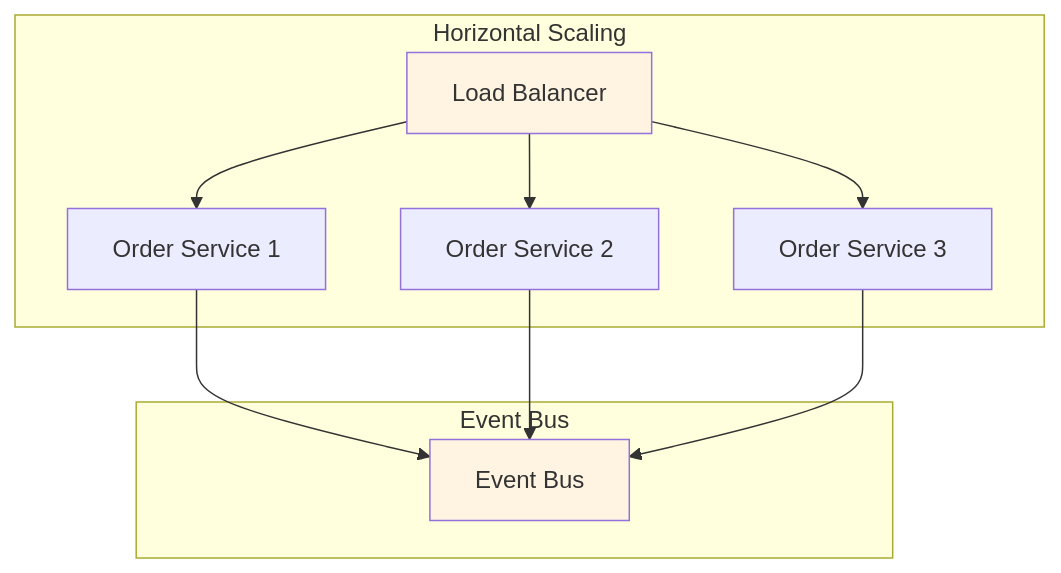
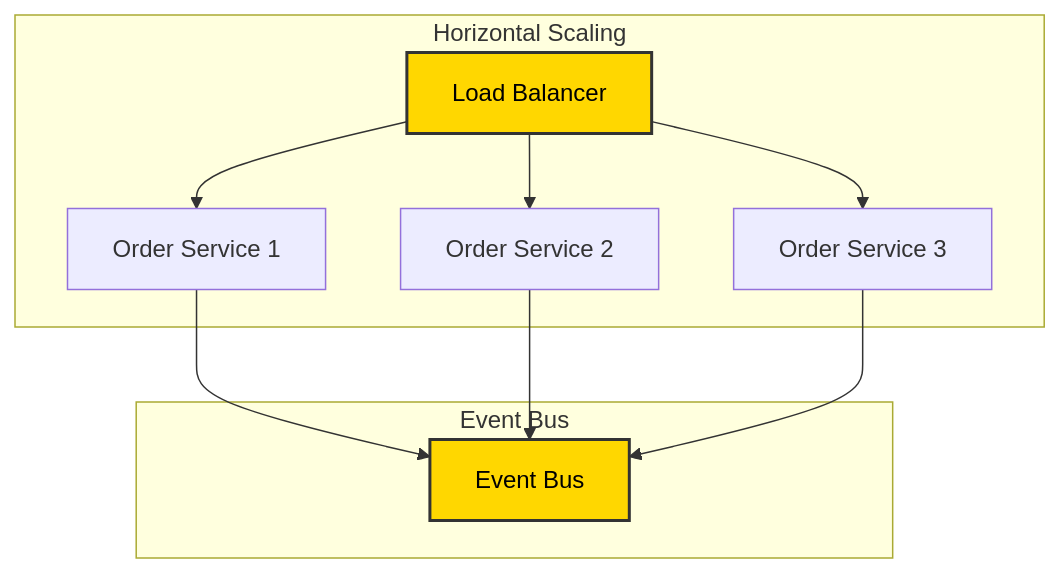
One commit to elewashy/Tanta-University changed diagram 11 of 17 in Level_3/Semester_1/Distributed_Systems/Project/System_Architecture_in_Distributed_Systems/docs/ARCHITECTURE.md. Above: the diagram before and after it, drawn with Mermaid. The commit also changed other lines of this file and 4 other files, not shown here.

````diff
--- a/Level_3/Semester_1/Distributed_Systems/Project/System_Architecture_in_Distributed_Systems/docs/ARCHITECTURE.md
+++ b/Level_3/Semester_1/Distributed_Systems/Project/System_Architecture_in_Distributed_Systems/docs/ARCHITECTURE.md
@@ -413,24 +413,24 @@
 ```mermaid
 graph TB
     subgraph "Horizontal Scaling"
         LB[Load Balancer]
         O1[Order Service 1]
         O2[Order Service 2]
         O3[Order Service 3]
         
         LB --> O1
         LB --> O2
         LB --> O3
     end
     
     subgraph "Event Bus"
         EB[Event Bus]
     end
     
     O1 --> EB
     O2 --> EB
     O3 --> EB
     
-    style LB fill:#fff4e1
-    style EB fill:#fff4e1
+    style LB fill:#ffd700,stroke:#333,stroke-width:2px,color:#000
+    style EB fill:#ffd700,stroke:#333,stroke-width:2px,color:#000
 ```
````
